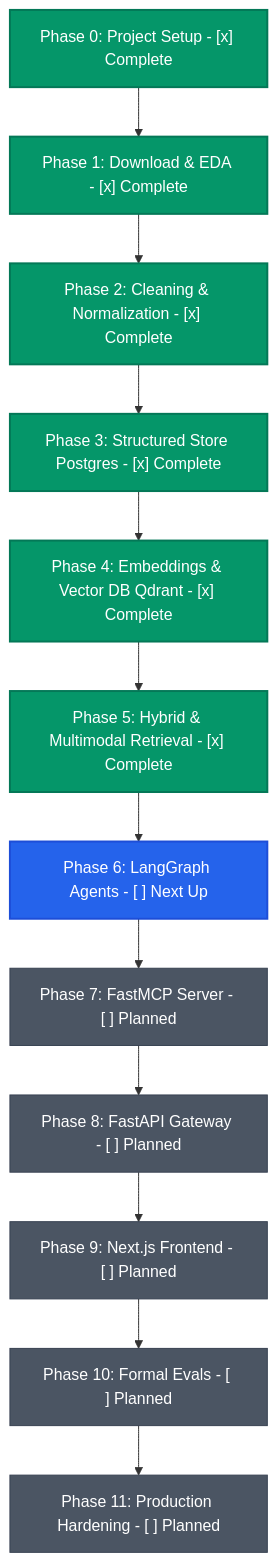
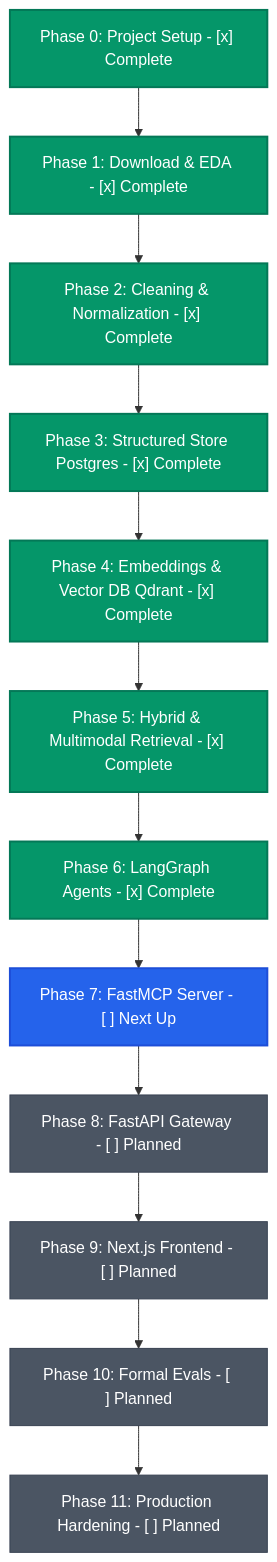
Before and after one commit to iar01/nutrition-and-food-label-analyzer: the first of 3 diagrams in Roadmap.md, drawn with Mermaid. The commit also changed other lines of this file and 36 other files, not shown here.

Commit message:
fix(ci): fix postgres & qdrant test fixtures, resolve mypy typing, complete phase 6 agents

````diff
--- a/Roadmap.md
+++ b/Roadmap.md
@@ -45,22 +45,22 @@
 ```mermaid
 flowchart TD
     P0["Phase 0: Project Setup - [x] Complete"] --> P1["Phase 1: Download & EDA - [x] Complete"]
     P1 --> P2["Phase 2: Cleaning & Normalization - [x] Complete"]
     P2 --> P3["Phase 3: Structured Store Postgres - [x] Complete"]
     P3 --> P4["Phase 4: Embeddings & Vector DB Qdrant - [x] Complete"]
     P4 --> P5["Phase 5: Hybrid & Multimodal Retrieval - [x] Complete"]
-    P5 --> P6["Phase 6: LangGraph Agents - [ ] Next Up"]
-    P6 --> P7["Phase 7: FastMCP Server - [ ] Planned"]
+    P5 --> P6["Phase 6: LangGraph Agents - [x] Complete"]
+    P6 --> P7["Phase 7: FastMCP Server - [ ] Next Up"]
     P7 --> P8["Phase 8: FastAPI Gateway - [ ] Planned"]
     P8 --> P9["Phase 9: Next.js Frontend - [ ] Planned"]
     P9 --> P10["Phase 10: Formal Evals - [ ] Planned"]
     P10 --> P11["Phase 11: Production Hardening - [ ] Planned"]
 
     classDef done fill:#059669,stroke:#047857,stroke-width:2px,color:#fff;
     classDef next fill:#2563eb,stroke:#1d4ed8,stroke-width:2px,color:#fff;
     classDef planned fill:#4b5563,stroke:#374151,stroke-width:1px,color:#fff;
 
-    class P0,P1,P2,P3,P4,P5 done;
-    class P6 next;
-    class P7,P8,P9,P10,P11 planned;
+    class P0,P1,P2,P3,P4,P5,P6 done;
+    class P7 next;
+    class P8,P9,P10,P11 planned;
 ```
````
